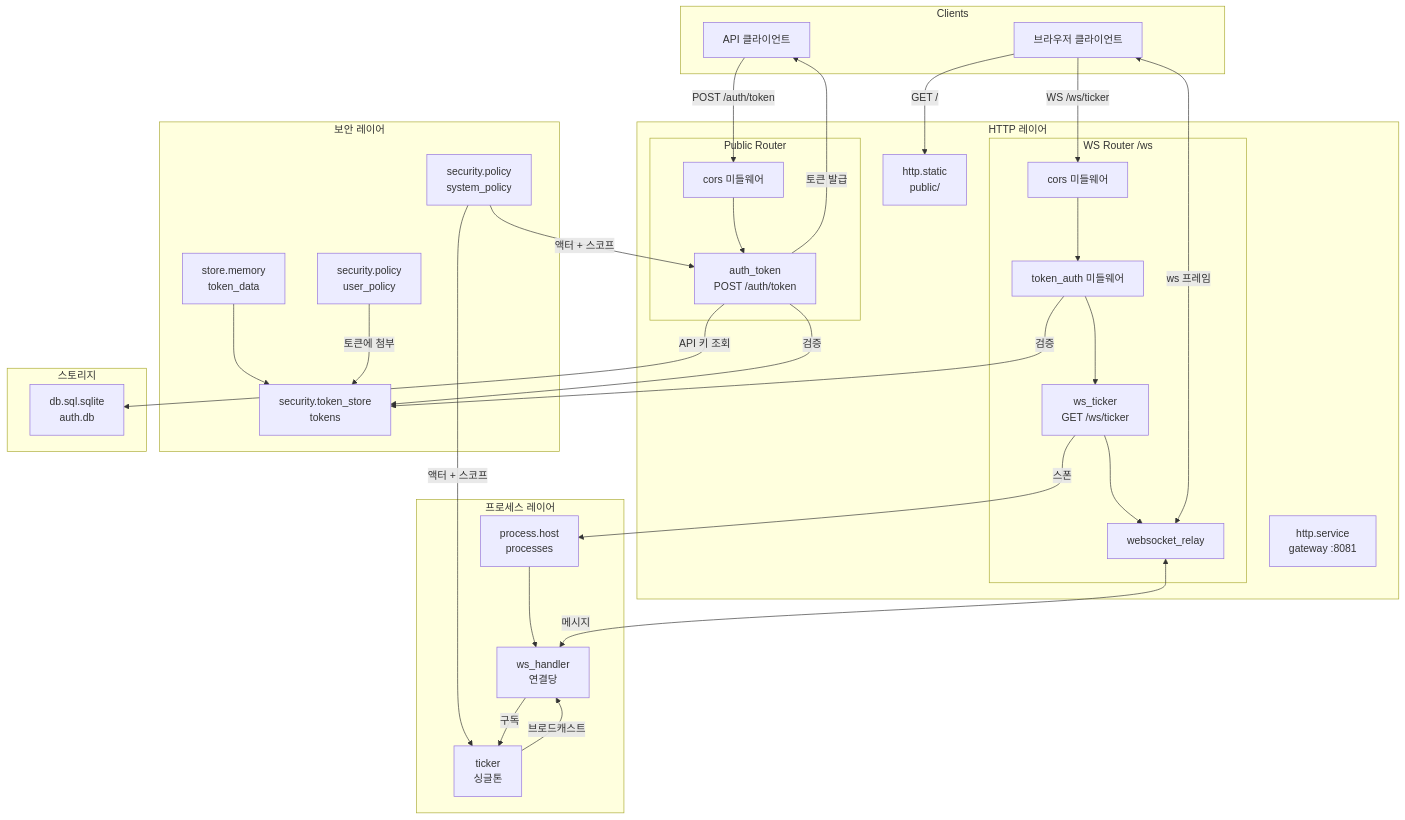
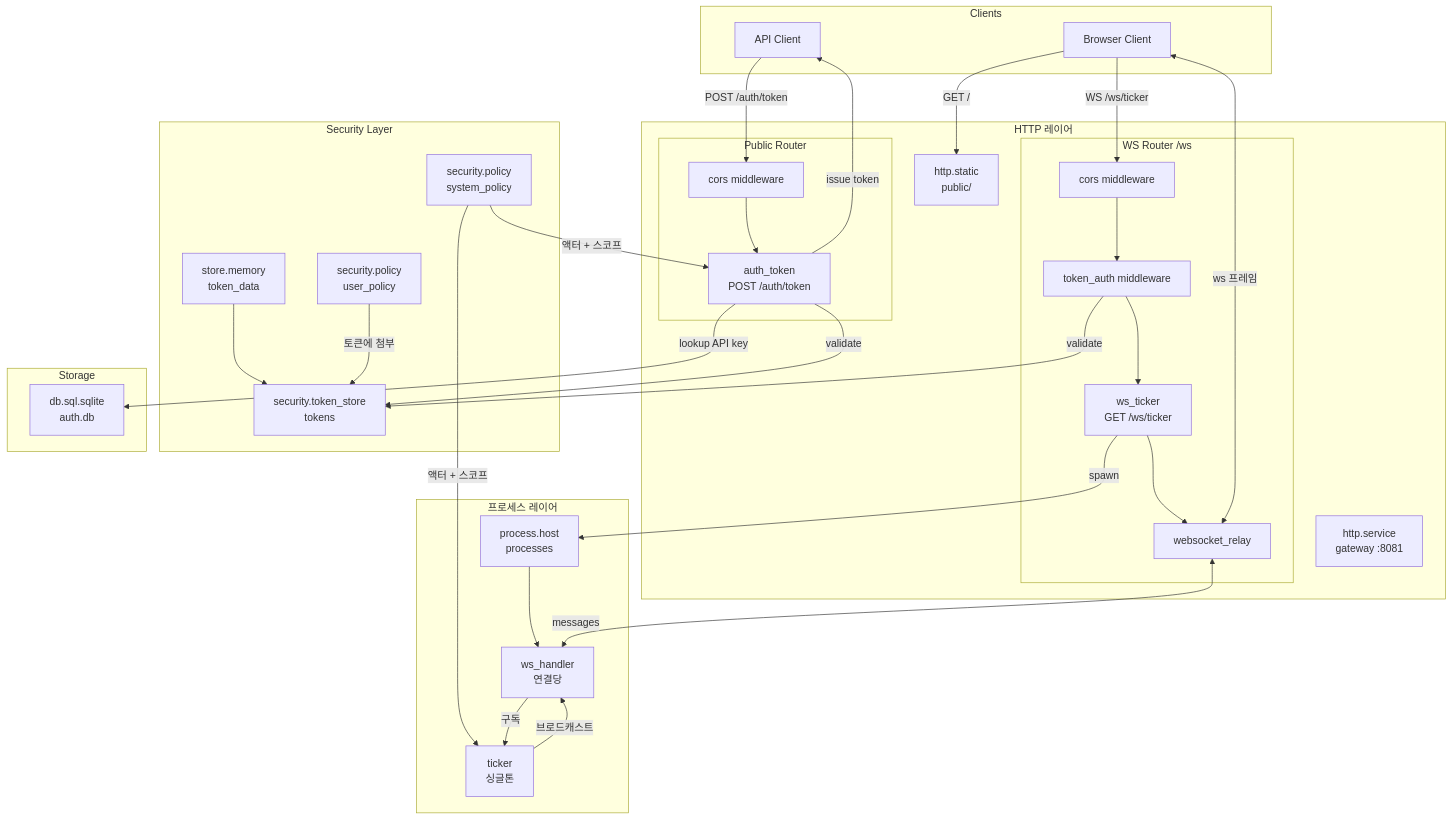
The diagram in ko/tutorials/auth.md (wippyai/docs), drawn with Mermaid before and after one commit. The commit also changed other lines of this file and 870 other files, not shown here.

````diff
--- a/ko/tutorials/auth.md
+++ b/ko/tutorials/auth.md
@@ -36,74 +59,74 @@
 ```mermaid
 flowchart TB
     subgraph Clients
-        Browser[브라우저 클라이언트]
-        API[API 클라이언트]
+        Browser[Browser Client]
+        API[API Client]
     end
 
     subgraph "HTTP 레이어"
         Server[http.service<br/>gateway :8081]
         Static[http.static<br/>public/]
 
         subgraph "Public Router"
-            CORS1[cors 미들웨어]
+            CORS1[cors middleware]
             AuthEndpoint[auth_token<br/>POST /auth/token]
         end
 
         subgraph "WS Router /ws"
-            CORS2[cors 미들웨어]
-            TokenAuth[token_auth 미들웨어]
+            CORS2[cors middleware]
+            TokenAuth[token_auth middleware]
             WSEndpoint[ws_ticker<br/>GET /ws/ticker]
             WSRelay[websocket_relay]
         end
     end
 
-    subgraph "보안 레이어"
+    subgraph "Security Layer"
         TokenStore[security.token_store<br/>tokens]
         Policy[security.policy<br/>user_policy]
         SysPolicy[security.policy<br/>system_policy]
         MemStore[store.memory<br/>token_data]
     end
 
-    subgraph "스토리지"
+    subgraph "Storage"
         DB[db.sql.sqlite<br/>auth.db]
     end
 
     subgraph "프로세스 레이어"
         Supervisor[process.host<br/>processes]
         WSHandler[ws_handler<br/>연결당]
         Ticker[ticker<br/>싱글톤]
     end
 
     %% 클라이언트 연결
     Browser -->|"GET /"| Static
     API -->|"POST /auth/token"| CORS1
     Browser -->|"WS /ws/ticker"| CORS2
 
-    %% API 흐름
+    %% API flow
     CORS1 --> AuthEndpoint
-    AuthEndpoint -->|검증| TokenStore
-    AuthEndpoint -->|"토큰 발급"| API
+    AuthEndpoint -->|validate| TokenStore
+    AuthEndpoint -->|"issue token"| API
 
-    %% WS 흐름
+    %% WS flow
     CORS2 --> TokenAuth
-    TokenAuth -->|검증| TokenStore
+    TokenAuth -->|validate| TokenStore
     TokenAuth --> WSEndpoint
-    WSEndpoint -->|스폰| Supervisor
+    WSEndpoint -->|spawn| Supervisor
     Supervisor --> WSHandler
     WSEndpoint --> WSRelay
-    WSRelay <-->|"메시지"| WSHandler
+    WSRelay <-->|"messages"| WSHandler
 
-    %% 토큰 스토어 의존성
+    %% Token store deps
     MemStore --> TokenStore
     Policy -->|토큰에 첨부| TokenStore
     SysPolicy -->|"액터 + 스코프"| AuthEndpoint
     SysPolicy -->|"액터 + 스코프"| Ticker
 
-    %% Auth가 API 키를 위해 DB 사용
-    AuthEndpoint -->|API 키 조회| DB
+    %% Auth uses DB for API keys
+    AuthEndpoint -->|lookup API key| DB
 
     %% 프로세스 통신
     WSHandler -->|구독| Ticker
     Ticker -->|브로드캐스트| WSHandler
     WSRelay <-->|"ws 프레임"| Browser
 ```
````
